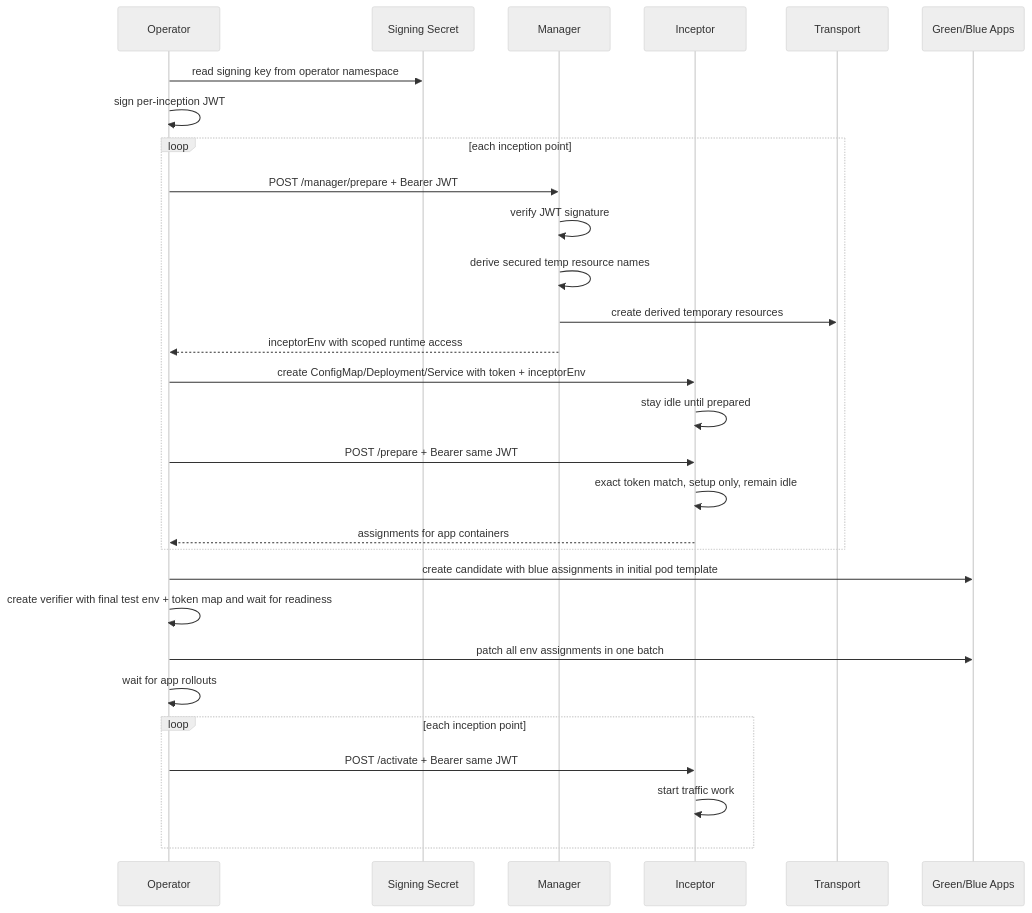
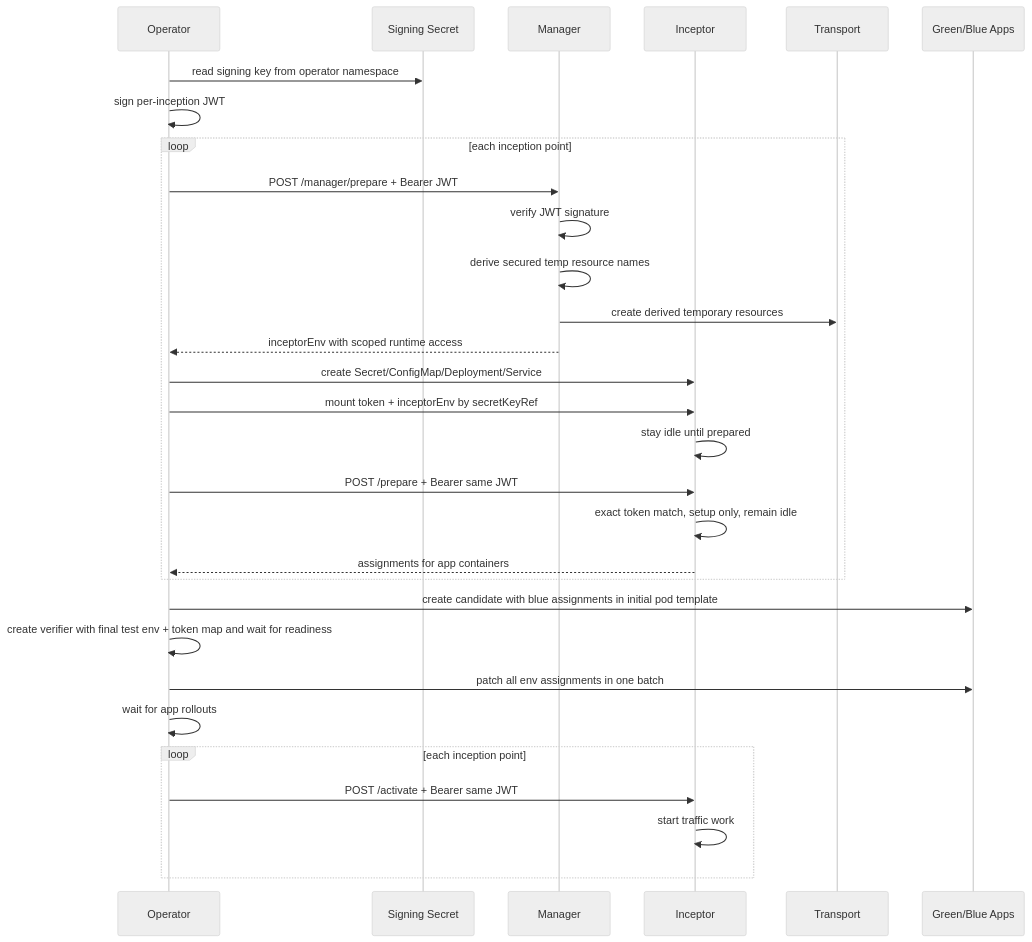
The third of 6 diagrams in docs/reference/plugin-architecture.md (dlahmad/fluidbgoperator), drawn with Mermaid (neutral theme) before and after one commit. The commit also changed 33 other files, not shown here.

````diff
--- a/docs/reference/plugin-architecture.md
+++ b/docs/reference/plugin-architecture.md
@@ -130,32 +130,33 @@
 ```mermaid
 sequenceDiagram
     participant O as Operator
     participant K as Signing Secret
     participant M as Manager
     participant I as Inceptor
     participant T as Transport
     participant A as Green/Blue Apps
 
     O->>K: read signing key from operator namespace
     O->>O: sign per-inception JWT
     loop each inception point
         O->>M: POST /manager/prepare + Bearer JWT
         M->>M: verify JWT signature
         M->>M: derive secured temp resource names
         M->>T: create derived temporary resources
         M-->>O: inceptorEnv with scoped runtime access
-        O->>I: create ConfigMap/Deployment/Service with token + inceptorEnv
+        O->>I: create Secret/ConfigMap/Deployment/Service
+        O->>I: mount token + inceptorEnv by secretKeyRef
         I->>I: stay idle until prepared
         O->>I: POST /prepare + Bearer same JWT
         I->>I: exact token match, setup only, remain idle
         I-->>O: assignments for app containers
     end
     O->>A: create candidate with blue assignments in initial pod template
     O->>O: create verifier with final test env + token map and wait for readiness
     O->>A: patch all env assignments in one batch
     O->>O: wait for app rollouts
     loop each inception point
         O->>I: POST /activate + Bearer same JWT
         I->>I: start traffic work
     end
 ```
````
